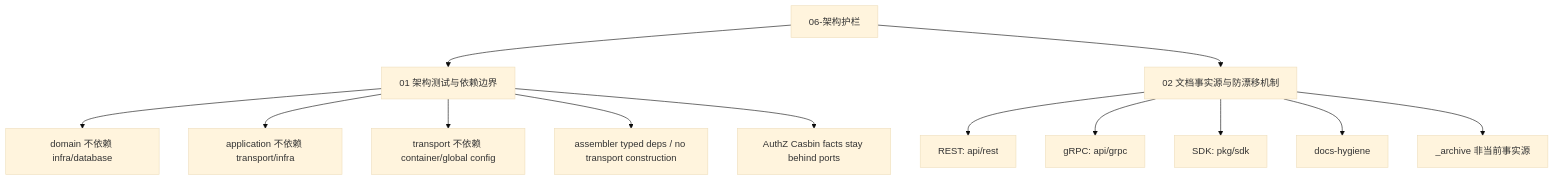
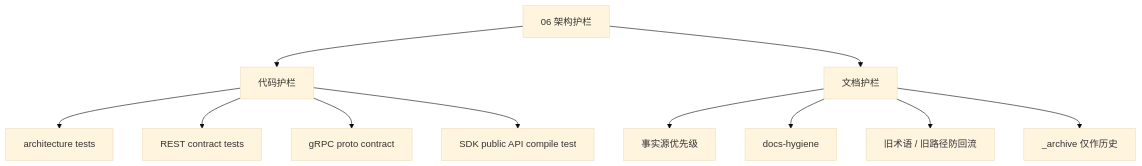
Before and after one commit to FangcunMount/iam: the diagram in docs/06-架构护栏/README.md, drawn with Mermaid (base theme). The commit also changed other lines of this file and 2 other files, not shown here.

````diff
--- a/docs/06-架构护栏/README.md
+++ b/docs/06-架构护栏/README.md
@@ -70,22 +91,20 @@
 ```mermaid
 flowchart TD
-    Guard["06-架构护栏"]
+    Guard["06 架构护栏"]
 
-    Arch["01 架构测试与依赖边界"]
-    Docs["02 文档事实源与防漂移机制"]
+    Code["代码护栏"]
+    Docs["文档护栏"]
 
-    Guard --> Arch
+    Guard --> Code
     Guard --> Docs
 
-    Arch --> Domain["domain 不依赖 infra/database"]
-    Arch --> App["application 不依赖 transport/infra"]
-    Arch --> Transport["transport 不依赖 container/global config"]
-    Arch --> Assembler["assembler typed deps / no transport construction"]
-    Arch --> AuthZ["AuthZ Casbin facts stay behind ports"]
+    Code --> Arch["architecture tests"]
+    Code --> Rest["REST contract tests"]
+    Code --> Grpc["gRPC proto contract"]
+    Code --> SDK["SDK public API compile test"]
 
-    Docs --> Rest["REST: api/rest"]
-    Docs --> Grpc["gRPC: api/grpc"]
-    Docs --> SDK["SDK: pkg/sdk"]
+    Docs --> Source["事实源优先级"]
     Docs --> Hygiene["docs-hygiene"]
-    Docs --> Archive["_archive 非当前事实源"]
+    Docs --> Terms["旧术语 / 旧路径防回流"]
+    Docs --> Archive["_archive 仅作历史"]
 ```
````
